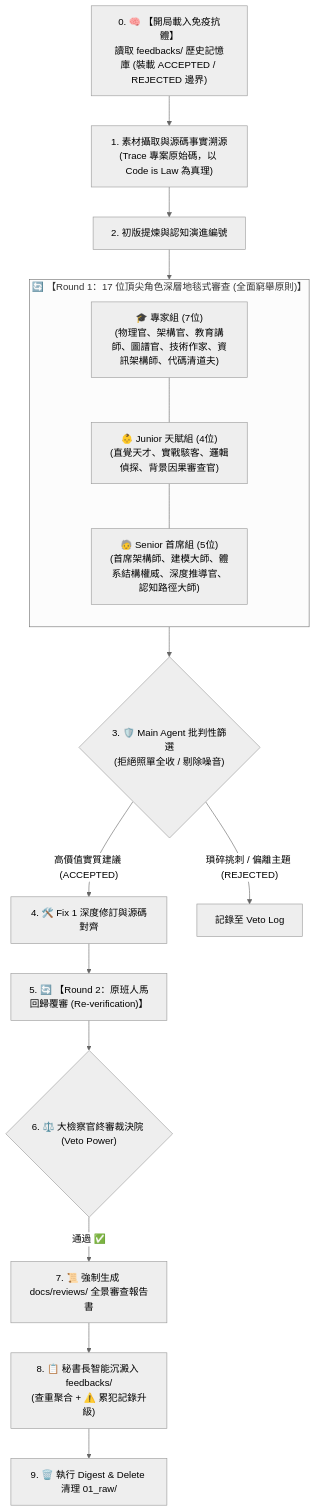
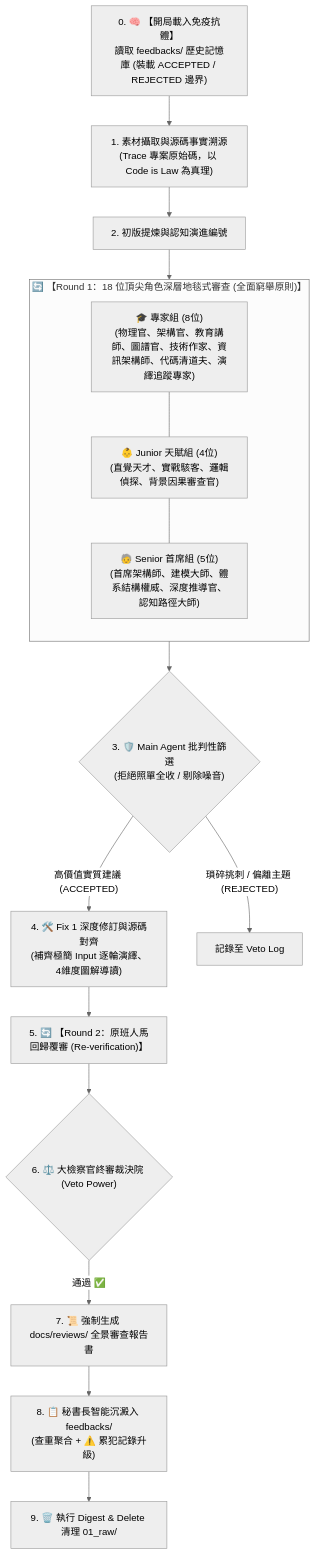
One commit to daniel-yang1739/Hemidall changed the diagram in docs/02_wiki/04_meta/01_Multi_Agent_Adversarial_Review_Pattern.md. Above: the diagram before and after it, drawn with Mermaid (neutral theme). The commit also changed other lines of this file and 37 other files, not shown here.

````diff
--- a/docs/02_wiki/04_meta/01_Multi_Agent_Adversarial_Review_Pattern.md
+++ b/docs/02_wiki/04_meta/01_Multi_Agent_Adversarial_Review_Pattern.md
@@ -30,27 +31,27 @@
 ```mermaid
 flowchart TD
     Step0["0. 🧠 【開局載入免疫抗體】<br/>讀取 feedbacks/ 歷史記憶庫 (裝載 ACCEPTED / REJECTED 邊界)"] --> Ingest
     
     Ingest["1. 素材攝取與源碼事實溯源<br/>(Trace 專案原始碼，以 Code is Law 為真理)"] --> Draft["2. 初版提煉與認知演進編號"]
     
-    subgraph Round1 ["🔄 【Round 1：17 位頂尖角色深層地毯式審查 (全面窮舉原則)】"]
+    subgraph Round1 ["🔄 【Round 1：18 位頂尖角色深層地毯式審查 (全面窮舉原則)】"]
         direction TB
-        R1A["🎓 專家組 (7位)<br/>(物理官、架構官、教育講師、圖譜官、技術作家、資訊架構師、代碼清道夫)"]
+        R1A["🎓 專家組 (8位)<br/>(物理官、架構官、教育講師、圖譜官、技術作家、資訊架構師、代碼清道夫、演繹追蹤專家)"]
         R1B["👶 Junior 天賦組 (4位)<br/>(直覺天才、實戰駭客、邏輯偵探、背景因果審查官)"]
         R1C["🧓 Senior 首席組 (5位)<br/>(首席架構師、建模大師、體系結構權威、深度推導官、認知路徑大師)"]
         R1A --- R1B --- R1C
     end
     
     Draft --> Round1
     Round1 --> Triage{"3. 🛡️ Main Agent 批判性篩選<br/>(拒絕照單全收 / 剔除噪音)"}
     
-    Triage -- "高價值實質建議 (ACCEPTED)" --> Fix1["4. 🛠️ Fix 1 深度修訂與源碼對齊"]
+    Triage -- "高價值實質建議 (ACCEPTED)" --> Fix1["4. 🛠️ Fix 1 深度修訂與源碼對齊<br/>(補齊極簡 Input 逐輪演繹、4維度圖解導讀)"]
     Triage -- "瑣碎挑刺 / 偏離主題 (REJECTED)" --> Veto["記錄至 Veto Log"]
     
     Fix1 --> Round2["5. 🔄 【Round 2：原班人馬回歸覆審 (Re-verification)】"]
     Round2 --> Inquisitor{"6. ⚖️ 大檢察官終審裁決院 (Veto Power)"}
     
     Inquisitor -- "通過 ✅" --> Report["7. 📜 強制生成 docs/reviews/ 全景審查報告書"]
     Report --> SecArchive["8. 📋 秘書長智能沉澱入 feedbacks/<br/>(查重聚合 + ⚠️ 累犯記錄升級)"]
     SecArchive --> Cleanup["9. 🗑️ 執行 Digest & Delete 清理 01_raw/"]
 ```
````
